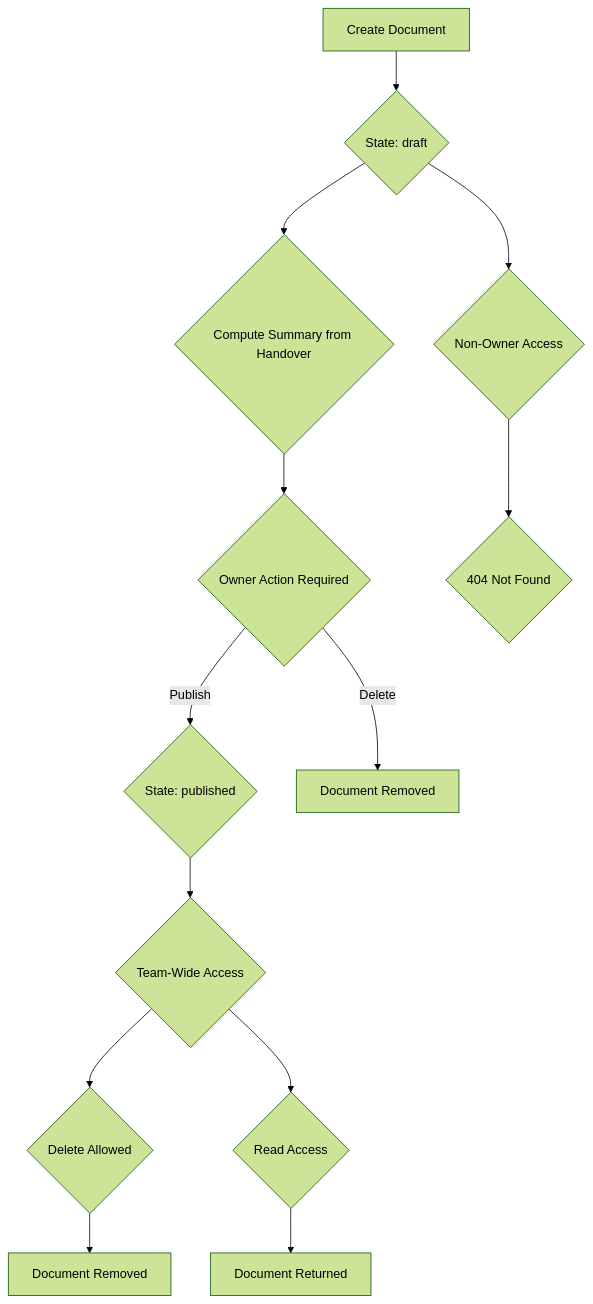
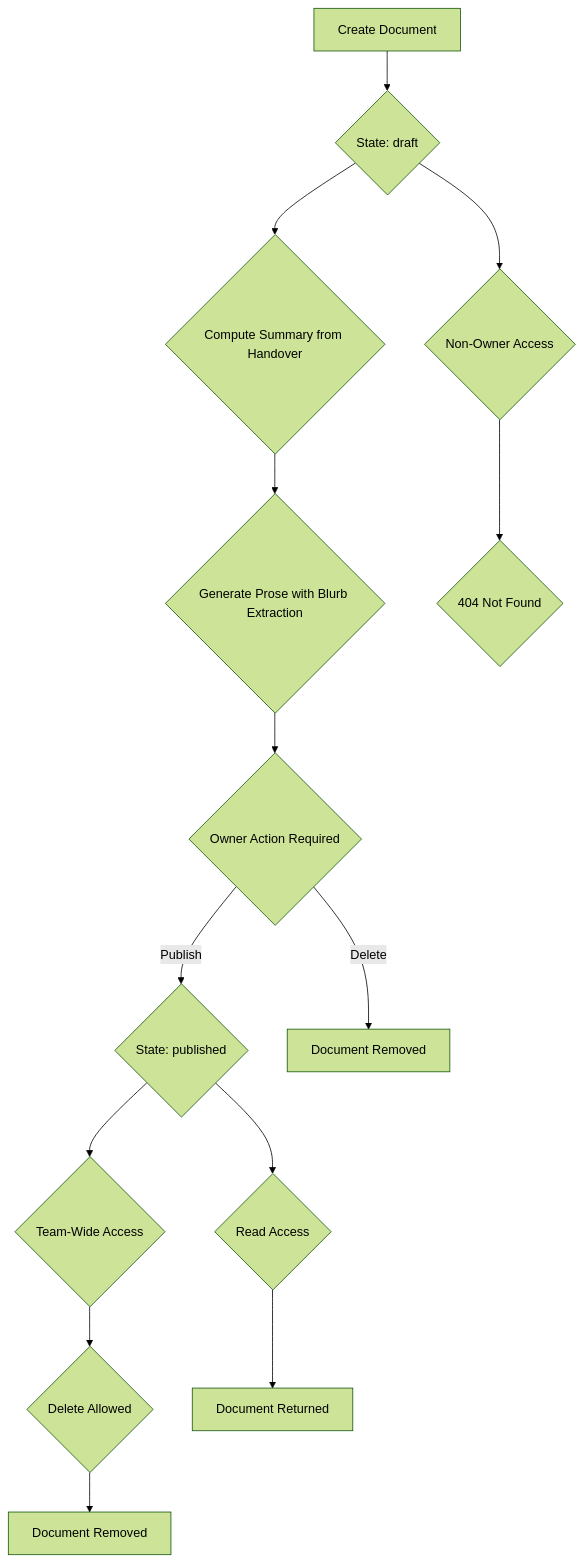
The fourth of 40 diagrams in .qoder/repowiki/en/content/Agent Platform Service/Agent Platform Service.md (metasync/luban-aiops), drawn with Mermaid (forest theme) before and after one commit. The commit also changed other lines of this file and 22 other files, not shown here.

````diff
--- a/.qoder/repowiki/en/content/Agent Platform Service/Agent Platform Service.md
+++ b/.qoder/repowiki/en/content/Agent Platform Service/Agent Platform Service.md
@@ -653,15 +656,16 @@
 ```mermaid
 flowchart TD
 A["Create Document"] --> B{"State: draft"}
 B --> C{"Compute Summary from Handover"}
-C --> D{"Owner Action Required"}
-D --> |Publish| E{"State: published"}
-E --> F{"Team-Wide Access"}
-F --> G{"Delete Allowed"}
-G --> H["Document Removed"]
-D --> |Delete| I["Document Removed"]
-B --> J{"Non-Owner Access"}
-J --> K{"404 Not Found"}
-F --> L{"Read Access"}
-L --> M["Document Returned"]
+C --> D{"Generate Prose with Blurb Extraction"}
+D --> E{"Owner Action Required"}
+E --> |Publish| F{"State: published"}
+F --> G{"Team-Wide Access"}
+G --> H{"Delete Allowed"}
+H --> I["Document Removed"]
+E --> |Delete| J["Document Removed"]
+B --> K{"Non-Owner Access"}
+K --> L{"404 Not Found"}
+F --> M{"Read Access"}
+M --> N["Document Returned"]
 ```
````
